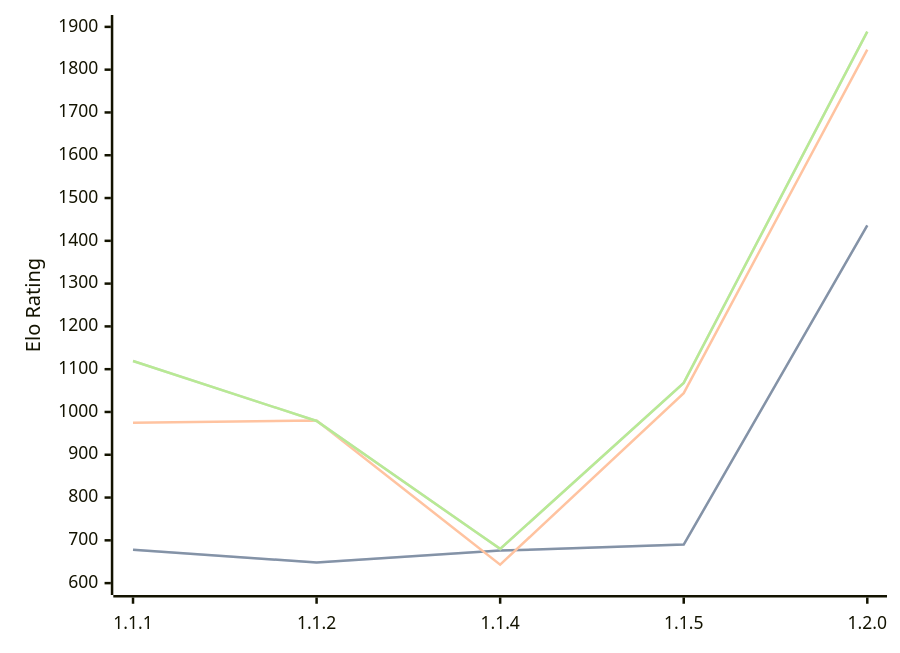
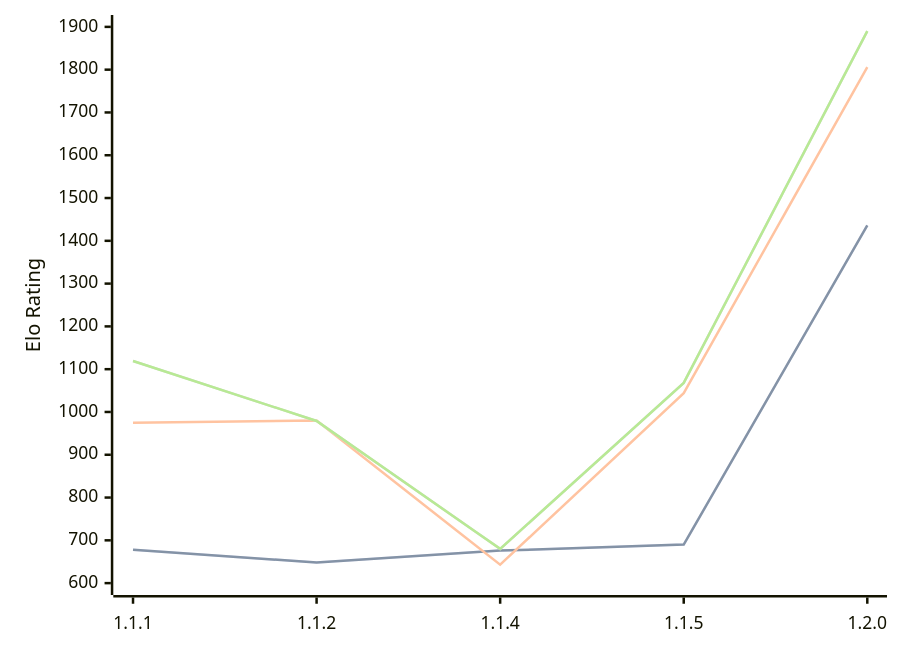
Before and after one commit to computer-chess-index/cci: the third of 3 diagrams in engines/ChessCore.md, drawn with Mermaid. The commit also changed other lines of this file, not shown here.

Commit message:
Update CCI Ratings (ELO VLTC) - 2026-07-03

````diff
--- a/engines/ChessCore.md
+++ b/engines/ChessCore.md
@@ -69,11 +69,11 @@
 ```mermaid
 %%{init: {"theme":"base","themeVariables":{"seriesColors:['#a3a3a3','#222221','#faa371']}}}%%
 xychart-beta
   x-axis ["1.1.1", "1.1.2", "1.1.4", "1.1.5", "1.2.0"]
   y-axis "Elo Rating" 600 --> 1900
   line "STC (8.0+0.08s)" [678, 648, 676, 690, 1436]
   line "STC (8.0+0.08s)" [678, 648, 676, 690, 1436]
-  line "LTC (60.0+0.60s)" [975, 980, 643, 1044, 1847]
-  line "VLTC (2m24s+1.12s)" [1119, 979, 680, 1068, 1889]
-  line "VLTC (2m24s+1.12s)" [1119, 979, 680, 1068, 1889]
+  line "LTC (60.0+0.60s)" [975, 980, 643, 1044, 1806]
+  line "VLTC (2m24s+1.12s)" [1119, 979, 680, 1068, 1890]
+  line "VLTC (2m24s+1.12s)" [1119, 979, 680, 1068, 1890]
 ```
````
